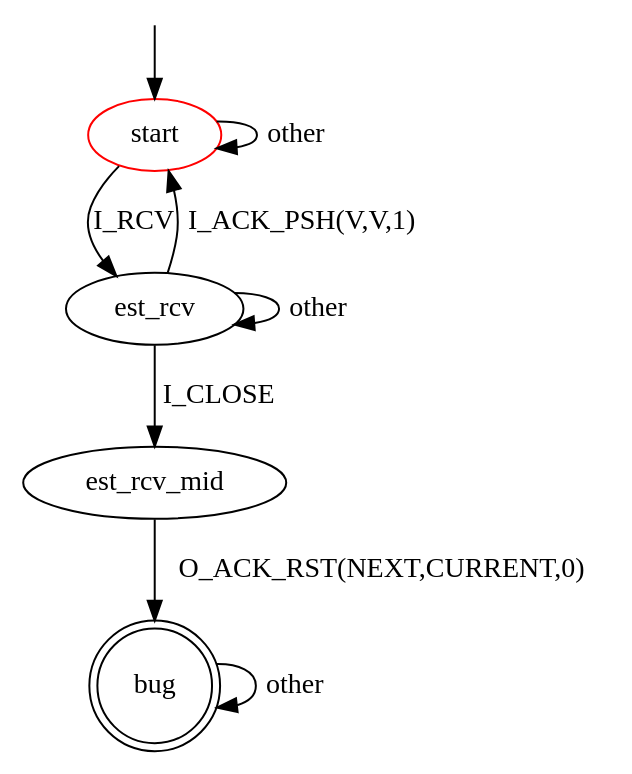
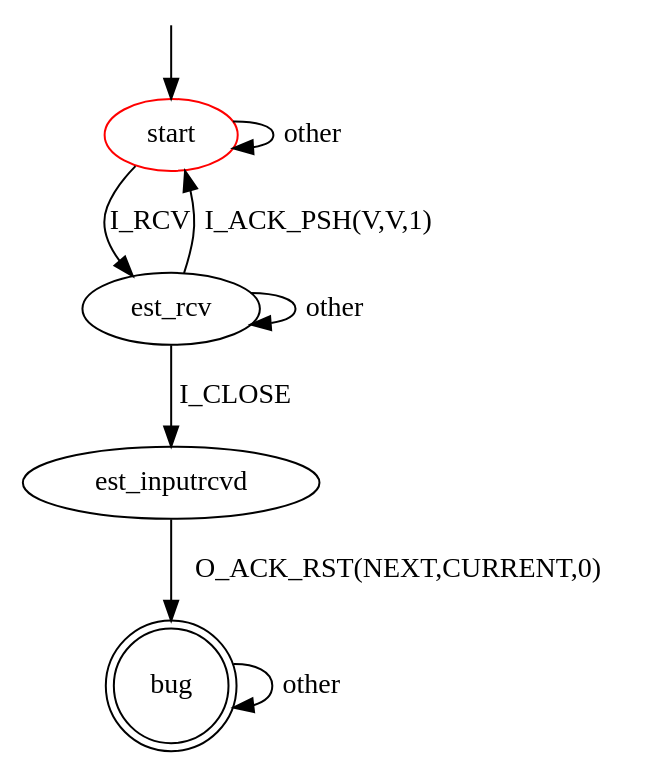
One commit to assist-project/state-machine-bug-finder changed the diagram in src/main/resources/patterns/tcp/client/unexpected_rst.dot. Above: the diagram before and after it, drawn with Graphviz. The commit also changed 13 other files, not shown here.

```diff
--- a/src/main/resources/patterns/tcp/client/unexpected_rst.dot
+++ b/src/main/resources/patterns/tcp/client/unexpected_rst.dot
@@ -1,17 +1,17 @@
 digraph G {
 label=""
 start [color="red"]
 bug [shape="doublecircle"]
 
 start -> est_rcv [label="I_RCV"]
 start -> start [label="other"]
 est_rcv -> start [label="I_ACK_PSH(V,V,1)"]
 est_rcv -> est_rcv [label="other"]
-est_rcv -> est_rcv_mid [label="I_CLOSE"]
-est_rcv_mid -> bug [label="O_ACK_RST(NEXT,CURRENT,0)"]
+est_rcv -> est_inputrcvd [label="I_CLOSE"]
+est_inputrcvd -> bug [label="O_ACK_RST(NEXT,CURRENT,0)"]
 
 bug -> bug [label="other"]
 
 __start0 [label="" shape="none" width="0" height="0"];
 __start0 -> start;
 }
```
